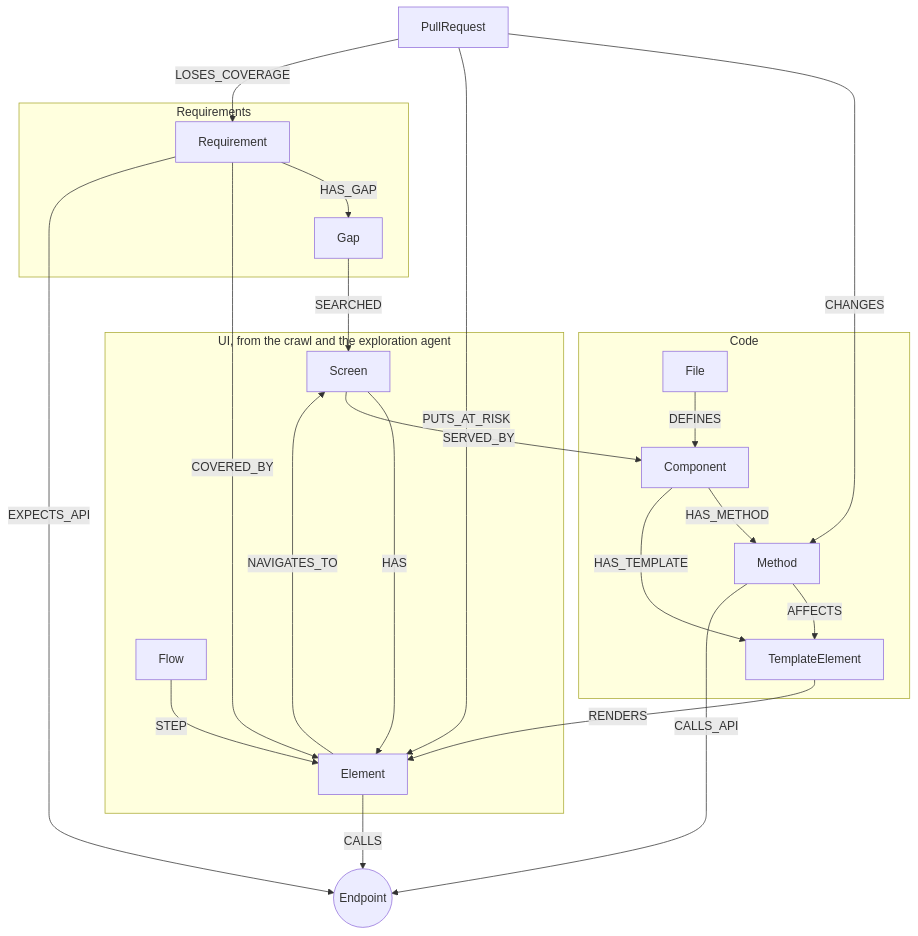
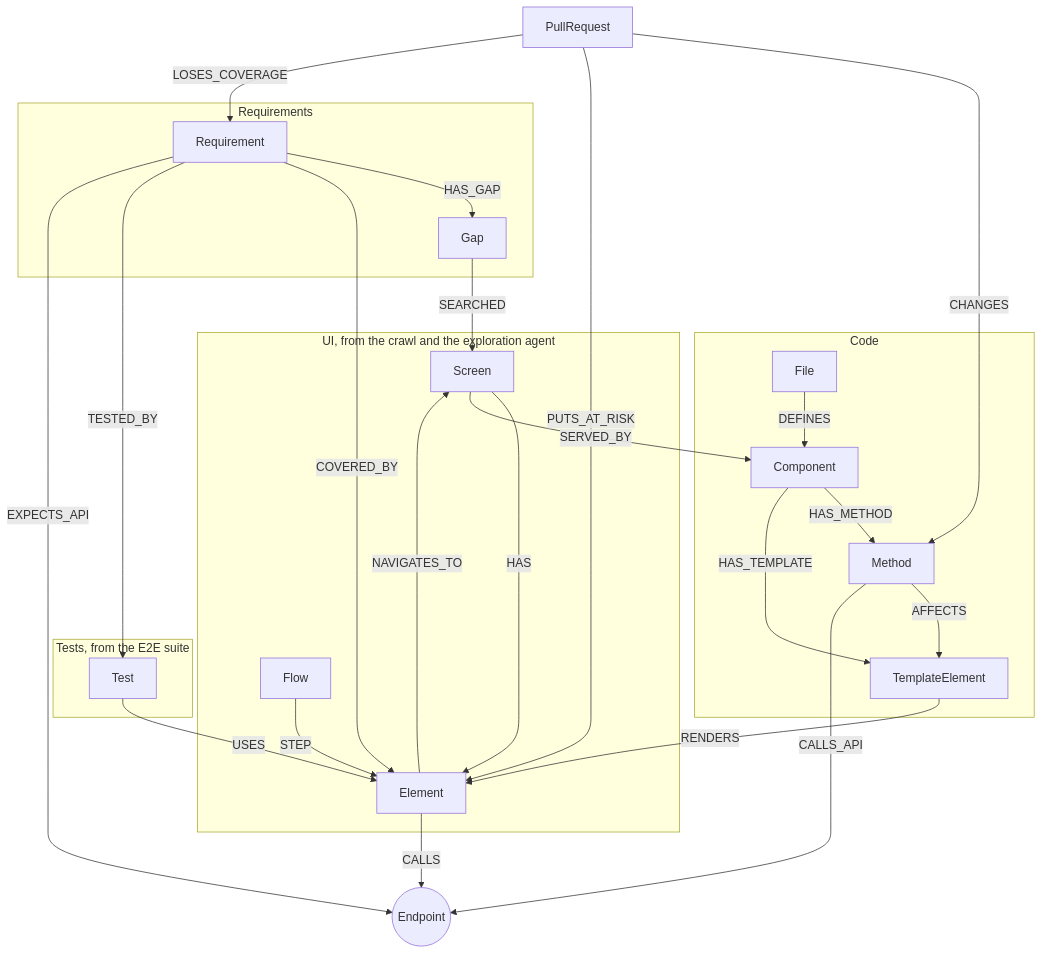
One commit to nekender/blast-radius-agent changed the second of 2 diagrams in docs/design.md. Above: the diagram before and after it, drawn with Mermaid. The commit also changed other lines of this file and 65 other files, not shown here.

Commit message:
Test layer from RealWorld's Playwright suite (USES, TESTED_BY, tests to re-run, test coverage); accessibility roles, names and snapshot state fingerprints

````diff
--- a/docs/design.md
+++ b/docs/design.md
@@ -137,27 +149,32 @@
 ```mermaid
 flowchart TB
   subgraph REQ[Requirements]
     R[Requirement] -->|HAS_GAP| G[Gap]
   end
   subgraph UI[UI, from the crawl and the exploration agent]
     S[Screen] -->|HAS| E[Element]
     E -->|NAVIGATES_TO| S
     F[Flow] -->|STEP| E
   end
+  subgraph TESTS[Tests, from the E2E suite]
+    TS[Test]
+  end
   subgraph CODE[Code]
     FI[File] -->|DEFINES| C[Component]
     C -->|HAS_METHOD| M[Method]
     C -->|HAS_TEMPLATE| T[TemplateElement]
     M -->|AFFECTS| T
   end
   R -->|COVERED_BY| E
+  R -->|TESTED_BY| TS
+  TS -->|USES| E
   G -->|SEARCHED| S
   T -->|RENDERS| E
   S -->|SERVED_BY| C
   M -->|CALLS_API| EP((Endpoint))
   E -->|CALLS| EP
   R -->|EXPECTS_API| EP
   PR[PullRequest] -->|CHANGES| M
   PR -->|PUTS_AT_RISK| E
   PR -->|LOSES_COVERAGE| R
 ```
````
